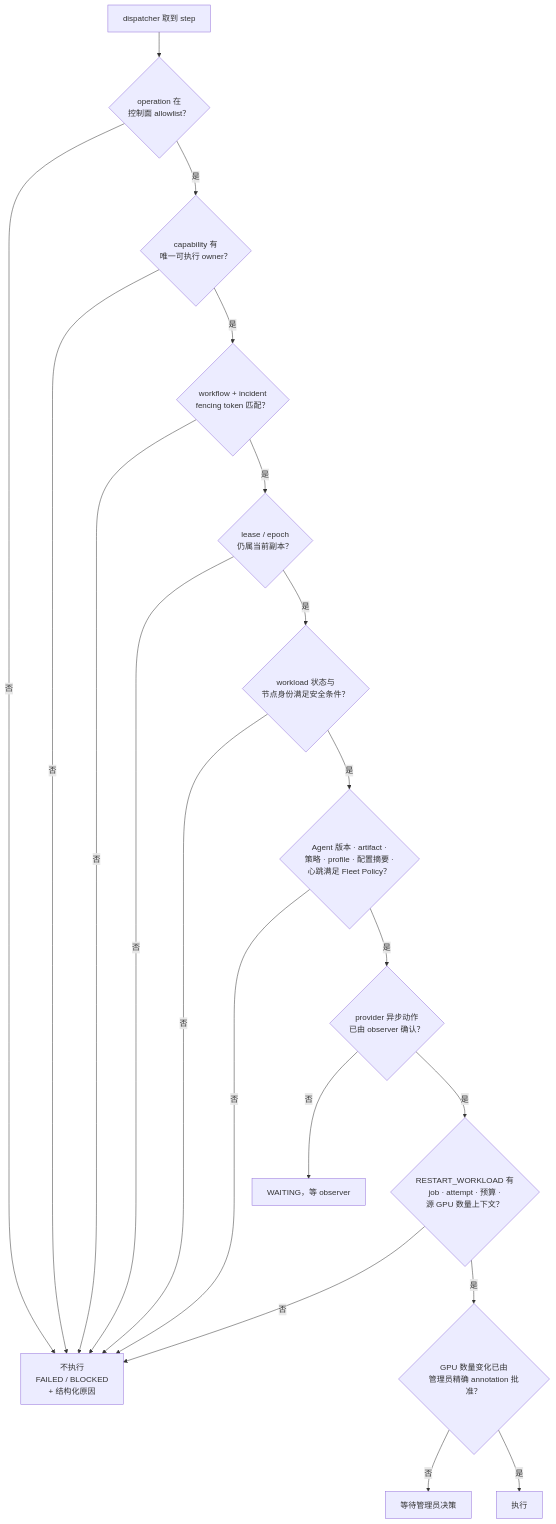
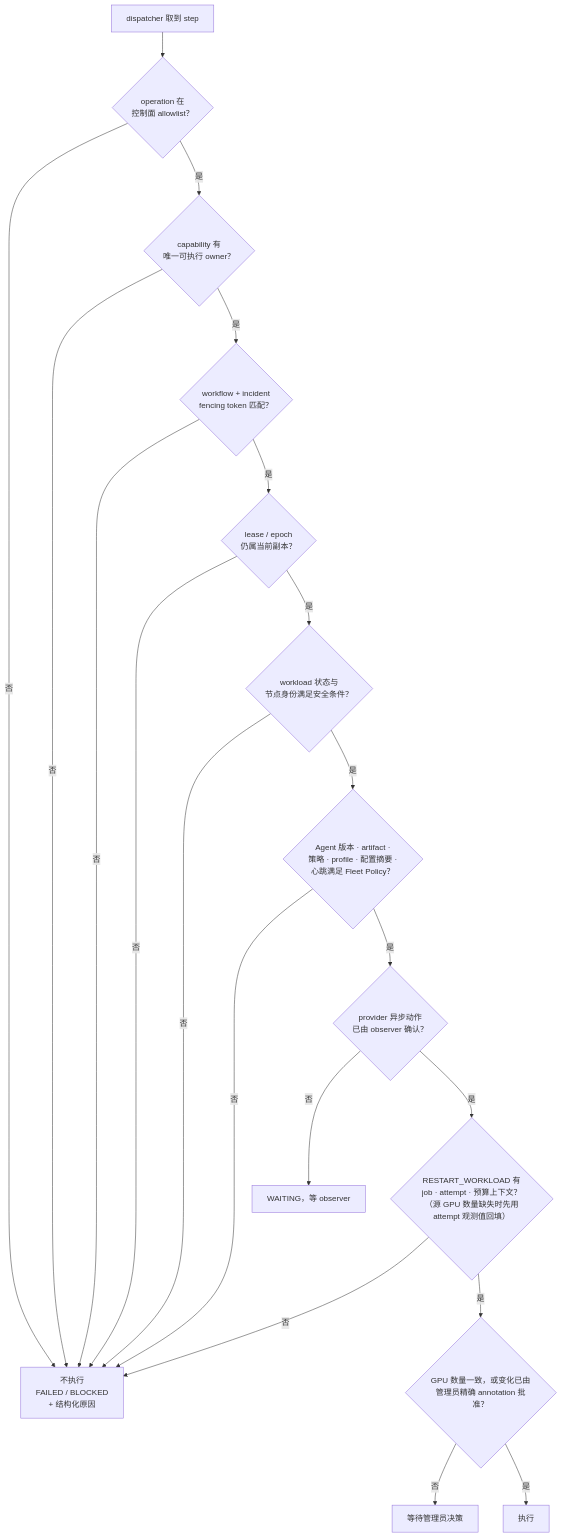
Before and after one commit to yuhuiaws/GPU-Fault-Recovery-System: the fifth of 5 diagrams in docs/概要设计-v2.md, drawn with Mermaid. The commit also changed other lines of this file and 15 other files, not shown here.

````diff
--- a/docs/概要设计-v2.md
+++ b/docs/概要设计-v2.md
@@ -517,22 +525,22 @@
 ```mermaid
 flowchart TD
     S["dispatcher 取到 step"] --> G1{"operation 在<br/>控制面 allowlist？"}
     G1 -- 否 --> X["不执行<br/>FAILED / BLOCKED<br/>+ 结构化原因"]
     G1 -- 是 --> G2{"capability 有<br/>唯一可执行 owner？"}
     G2 -- 否 --> X
     G2 -- 是 --> G3{"workflow + incident<br/>fencing token 匹配？"}
     G3 -- 否 --> X
     G3 -- 是 --> G4{"lease / epoch<br/>仍属当前副本？"}
     G4 -- 否 --> X
     G4 -- 是 --> G5{"workload 状态与<br/>节点身份满足安全条件？"}
     G5 -- 否 --> X
     G5 -- 是 --> G6{"Agent 版本 · artifact ·<br/>策略 · profile · 配置摘要 ·<br/>心跳满足 Fleet Policy？"}
     G6 -- 否 --> X
     G6 -- 是 --> G7{"provider 异步动作<br/>已由 observer 确认？"}
     G7 -- 否 --> W["WAITING，等 observer"]
-    G7 -- 是 --> G8{"RESTART_WORKLOAD 有<br/>job · attempt · 预算 ·<br/>源 GPU 数量上下文？"}
+    G7 -- 是 --> G8{"RESTART_WORKLOAD 有<br/>job · attempt · 预算上下文？<br/>（源 GPU 数量缺失时先用<br/>attempt 观测值回填）"}
     G8 -- 否 --> X
-    G8 -- 是 --> G9{"GPU 数量变化已由<br/>管理员精确 annotation 批准？"}
+    G8 -- 是 --> G9{"GPU 数量一致，或变化已由<br/>管理员精确 annotation 批准？"}
     G9 -- 否 --> P["等待管理员决策"]
     G9 -- 是 --> E["执行"]
 ```
````
